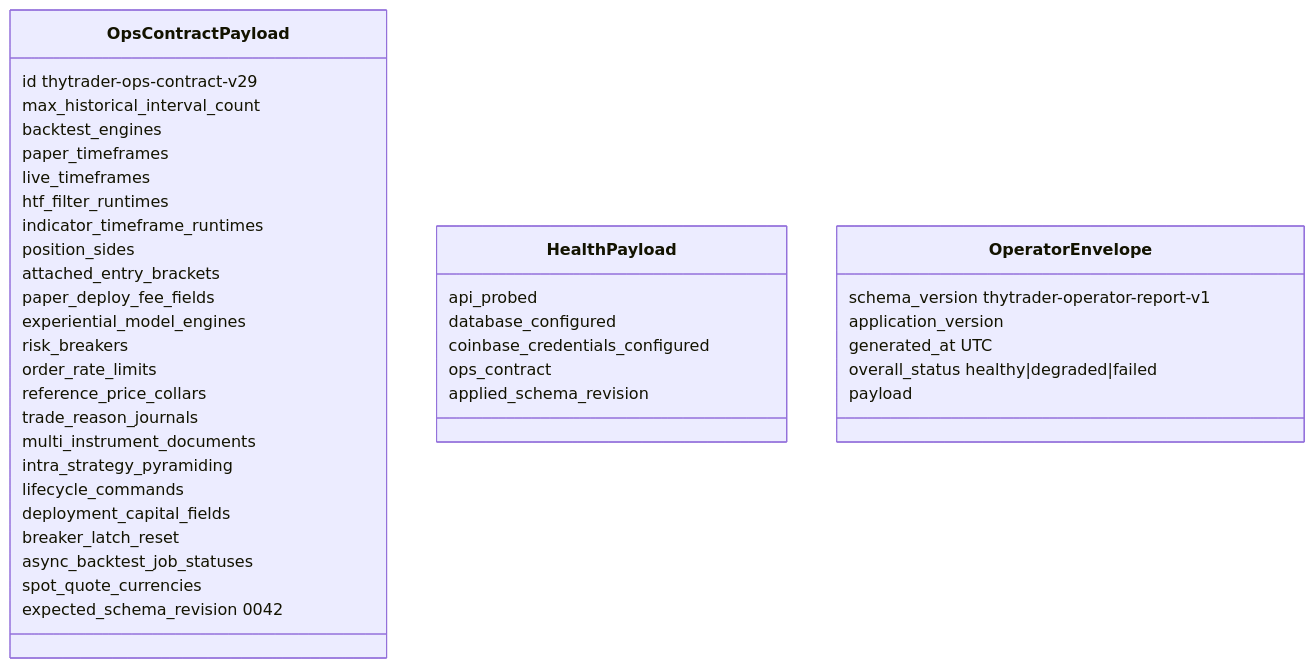
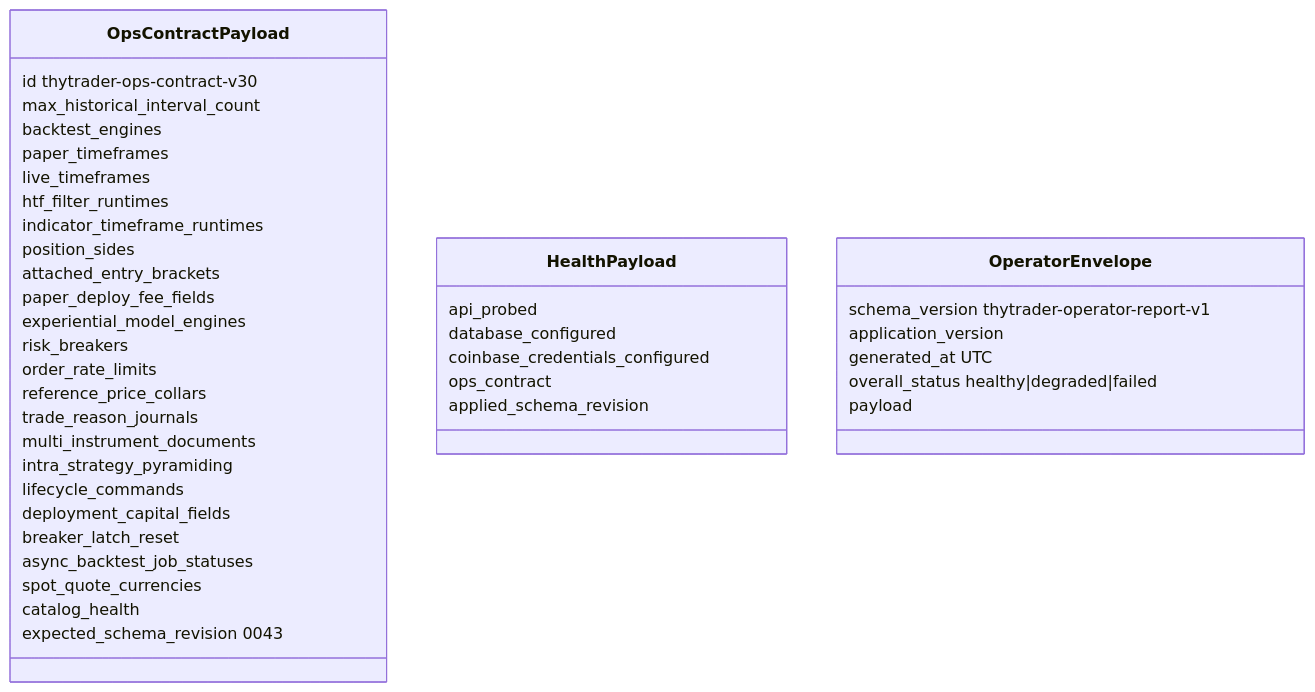
Before and after one commit to Zoltesh/thytrader: the diagram in docs/architecture/contracts/ops-contract.md, drawn with Mermaid. The commit also changed other lines of this file and 28 other files, not shown here.

First line of the commit message:
fix(data): catalog health — bounded gaps, self-complete ingest, live heartbeats

````diff
--- a/docs/architecture/contracts/ops-contract.md
+++ b/docs/architecture/contracts/ops-contract.md
@@ -38,42 +39,43 @@
 ```mermaid
 classDiagram
   class OpsContractPayload {
-    id thytrader-ops-contract-v29
+    id thytrader-ops-contract-v30
     max_historical_interval_count
     backtest_engines
     paper_timeframes
     live_timeframes
     htf_filter_runtimes
     indicator_timeframe_runtimes
     position_sides
     attached_entry_brackets
     paper_deploy_fee_fields
     experiential_model_engines
     risk_breakers
     order_rate_limits
     reference_price_collars
     trade_reason_journals
     multi_instrument_documents
     intra_strategy_pyramiding
     lifecycle_commands
     deployment_capital_fields
     breaker_latch_reset
     async_backtest_job_statuses
     spot_quote_currencies
-    expected_schema_revision 0042
+    catalog_health
+    expected_schema_revision 0043
   }
   class HealthPayload {
     api_probed
     database_configured
     coinbase_credentials_configured
     ops_contract
     applied_schema_revision
   }
   class OperatorEnvelope {
     schema_version thytrader-operator-report-v1
     application_version
     generated_at UTC
     overall_status healthy|degraded|failed
     payload
   }
 ```
````
